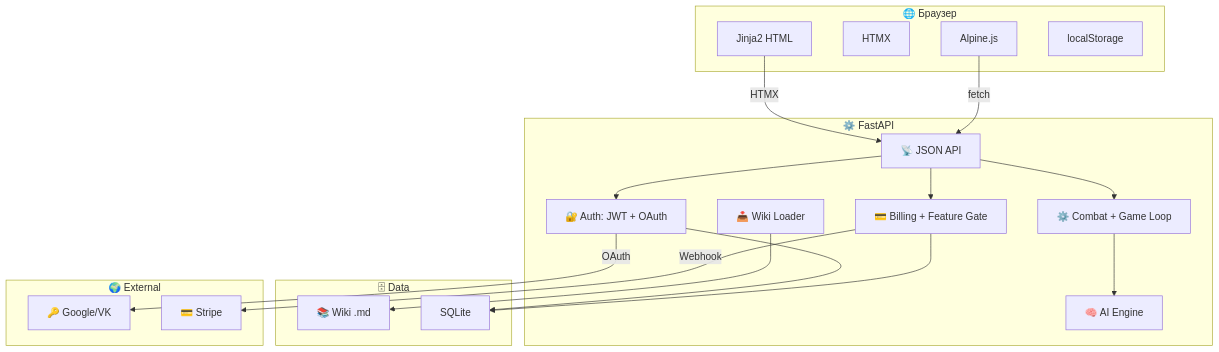
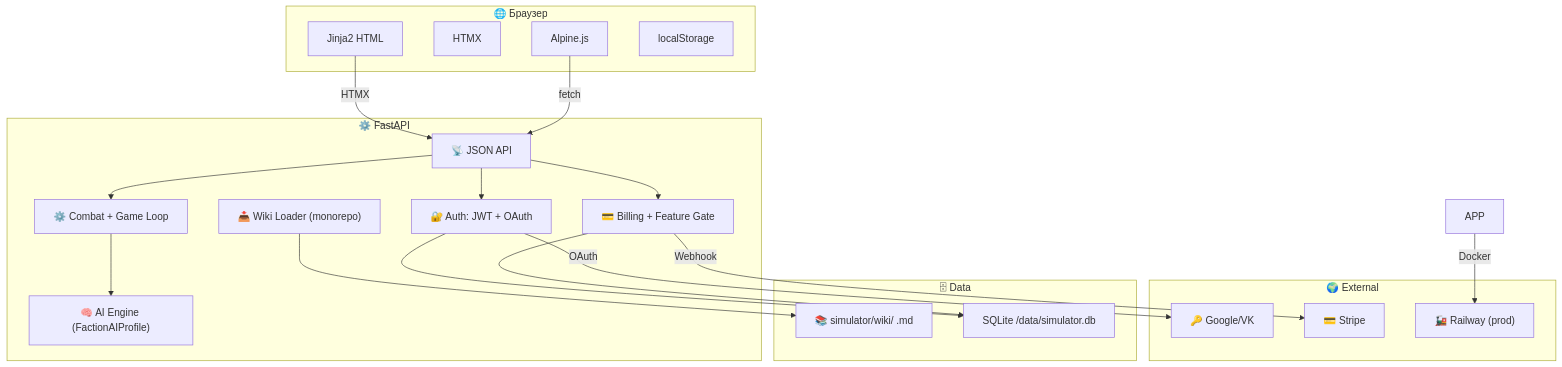
Before and after one commit to fixemer90-stack/Warpsmith: the diagram in AGENTS.md, drawn with Mermaid. The commit also changed other lines of this file and 21 other files, not shown here.

````diff
--- a/AGENTS.md
+++ b/AGENTS.md
@@ -165,40 +194,42 @@
 ```mermaid
 graph TB
     subgraph Browser["🌐 Браузер"]
         HTML["Jinja2 HTML"]
         HTMX["HTMX"]
         ALPINE["Alpine.js"]
         STORAGE["localStorage"]
     end
 
     subgraph Backend["⚙️ FastAPI"]
         AUTH["🔐 Auth: JWT + OAuth"]
         API["📡 JSON API"]
         BILL["💳 Billing + Feature Gate"]
         ENGINE["⚙️ Combat + Game Loop"]
-        AI["🧠 AI Engine"]
-        LOADER["📥 Wiki Loader"]
+        AI["🧠 AI Engine (FactionAIProfile)"]
+        LOADER["📥 Wiki Loader (monorepo)"]
     end
 
     subgraph Data["🗄 Data"]
-        WIKI["📚 Wiki .md"]
-        DB["SQLite"]
+        WIKI["📚 simulator/wiki/ .md"]
+        DB["SQLite /data/simulator.db"]
     end
 
     subgraph External["🌍 External"]
         OAUTH["🔑 Google/VK"]
         STRIPE["💳 Stripe"]
+        RAILWAY["🚂 Railway (prod)"]
     end
 
     HTML -->|HTMX| API
     ALPINE -->|fetch| API
     API --> AUTH
     API --> BILL
     API --> ENGINE
     ENGINE --> AI
     LOADER --> WIKI
     AUTH --> DB
     BILL --> DB
     AUTH -->|OAuth| OAUTH
     BILL -->|Webhook| STRIPE
+    APP -->|Docker| RAILWAY
 ```
````
